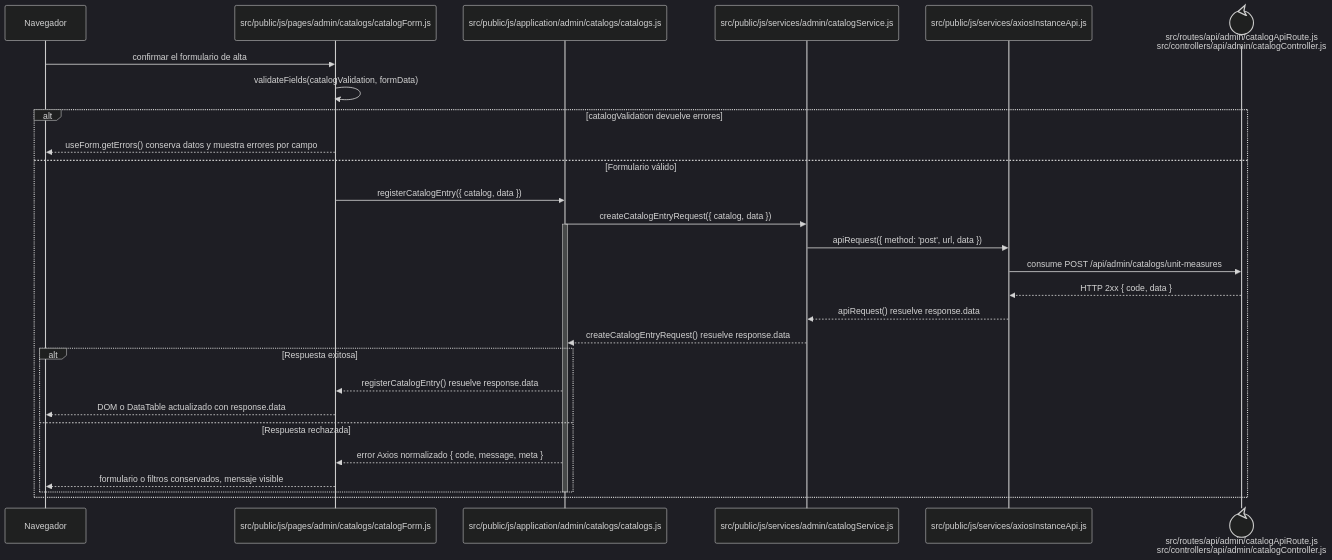
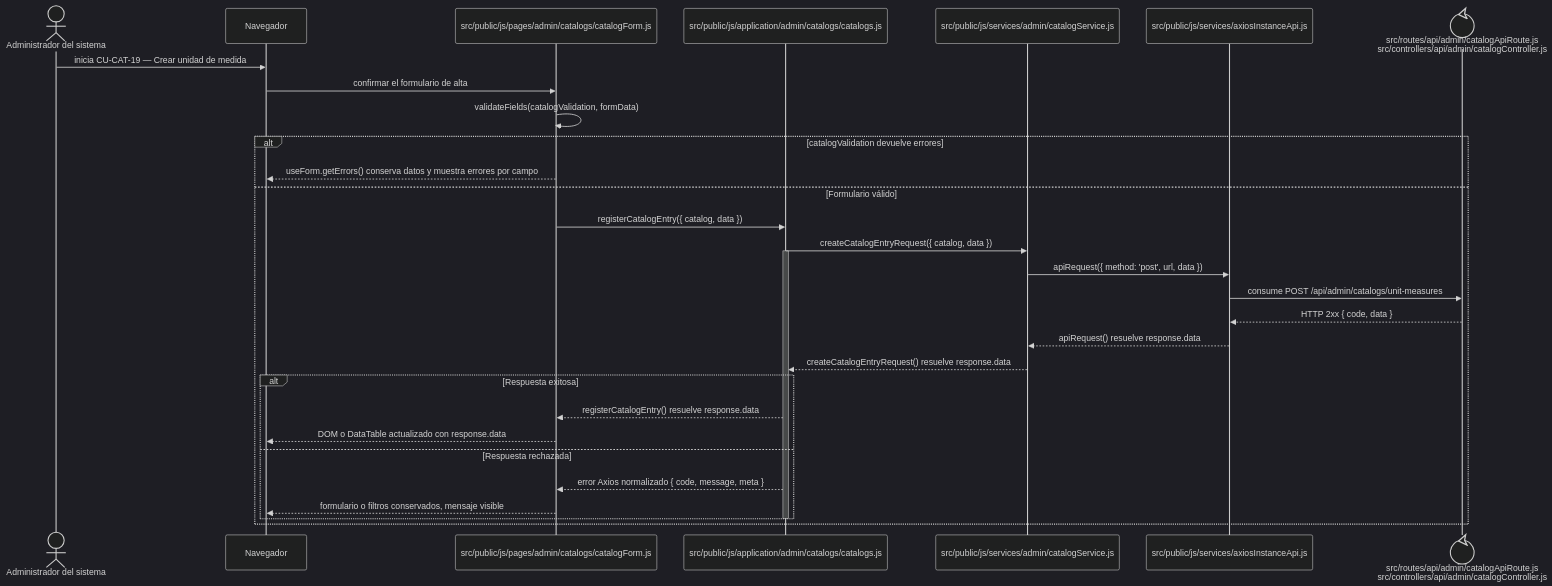
One commit to gpgsistemas01/nexus changed the diagram in docs/architecture/frontend-code-sequences/catalogs/cu-cat-19.md. Above: the diagram before and after it, drawn with Mermaid (dark theme). The commit also changed 105 other files, not shown here.

````diff
--- a/docs/architecture/frontend-code-sequences/catalogs/cu-cat-19.md
+++ b/docs/architecture/frontend-code-sequences/catalogs/cu-cat-19.md
@@ -6,32 +6,34 @@
 ```mermaid
 sequenceDiagram
+    actor Initiator as Administrador del sistema
     participant Browser as Navegador
     participant View as src/public/js/pages/admin/catalogs/catalogForm.js
     participant Application as src/public/js/application/admin/catalogs/catalogs.js
     participant Request as src/public/js/services/admin/catalogService.js
     participant HTTP as src/public/js/services/axiosInstanceApi.js
     participant Transport@{ "type": "control" } as src/routes/api/admin/catalogApiRoute.js<br/>src/controllers/api/admin/catalogController.js
 
+    Initiator->>Browser: inicia CU-CAT-19 — Crear unidad de medida
     Browser->>View: confirmar el formulario de alta
     View->>View: validateFields(catalogValidation, formData)
     alt catalogValidation devuelve errores
         View-->>Browser: useForm.getErrors() conserva datos y muestra errores por campo
     else Formulario válido
         View->>Application: registerCatalogEntry({ catalog, data })
         Application->>Request: createCatalogEntryRequest({ catalog, data })
         activate Application
         Request->>HTTP: apiRequest({ method: 'post', url, data })
         HTTP->>Transport: consume POST /api/admin/catalogs/unit-measures
         Transport-->>HTTP: HTTP 2xx { code, data }
         HTTP-->>Request: apiRequest() resuelve response.data
         Request-->>Application: createCatalogEntryRequest() resuelve response.data
         alt Respuesta exitosa
             Application-->>View: registerCatalogEntry() resuelve response.data
             View-->>Browser: DOM o DataTable actualizado con response.data
         else Respuesta rechazada
             Application-->>View: error Axios normalizado { code, message, meta }
             View-->>Browser: formulario o filtros conservados, mensaje visible
         end
         deactivate Application
     end
 ```
````
